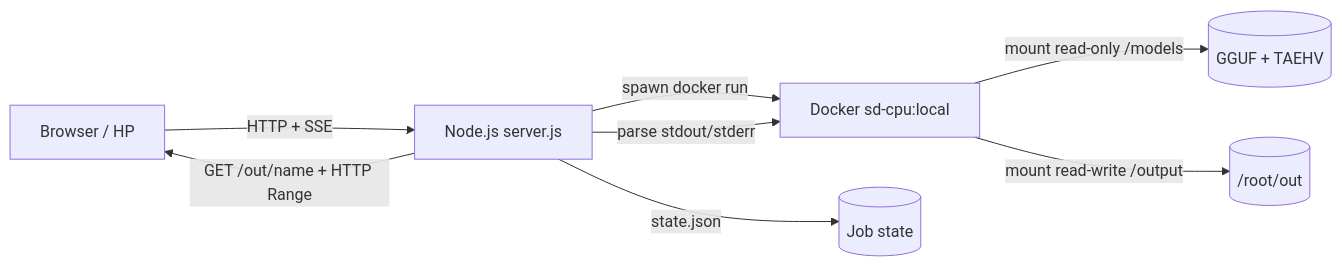
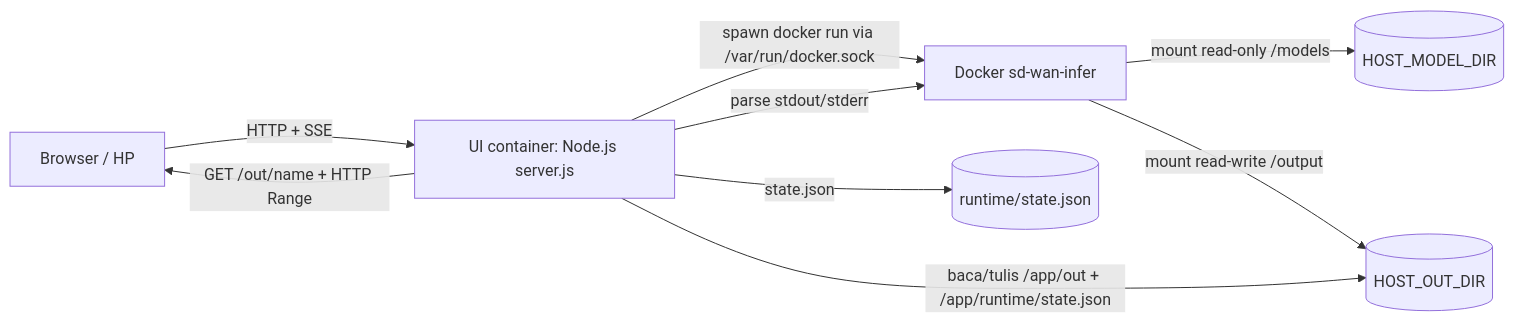
One commit to snipkode/sd-wan-ui changed the diagram in README.md. Above: the diagram before and after it, drawn with Mermaid. The commit also changed other lines of this file and 9 other files, not shown here.

````diff
--- a/README.md
+++ b/README.md
@@ -113,10 +114,11 @@
 ```mermaid
 flowchart LR
-    B[Browser / HP] -->|HTTP + SSE| N[Node.js server.js]
-    N -->|spawn docker run| D[Docker sd-cpu:local]
-    D -->|mount read-only /models| M[(GGUF + TAEHV)]
-    D -->|mount read-write /output| O[(/root/out)]
+    B[Browser / HP] -->|HTTP + SSE| N[UI container: Node.js server.js]
+    N -->|spawn docker run via /var/run/docker.sock| D[Docker sd-wan-infer]
+    D -->|mount read-only /models| M[(HOST_MODEL_DIR)]
+    D -->|mount read-write /output| O[(HOST_OUT_DIR)]
+    N -->|baca/tulis /app/out + /app/runtime/state.json| O
     N -->|parse stdout/stderr| D
     N -->|GET /out/name + HTTP Range| B
-    N -->|state.json| S[(Job state)]
+    N -->|state.json| S[(runtime/state.json)]
 ```
````
